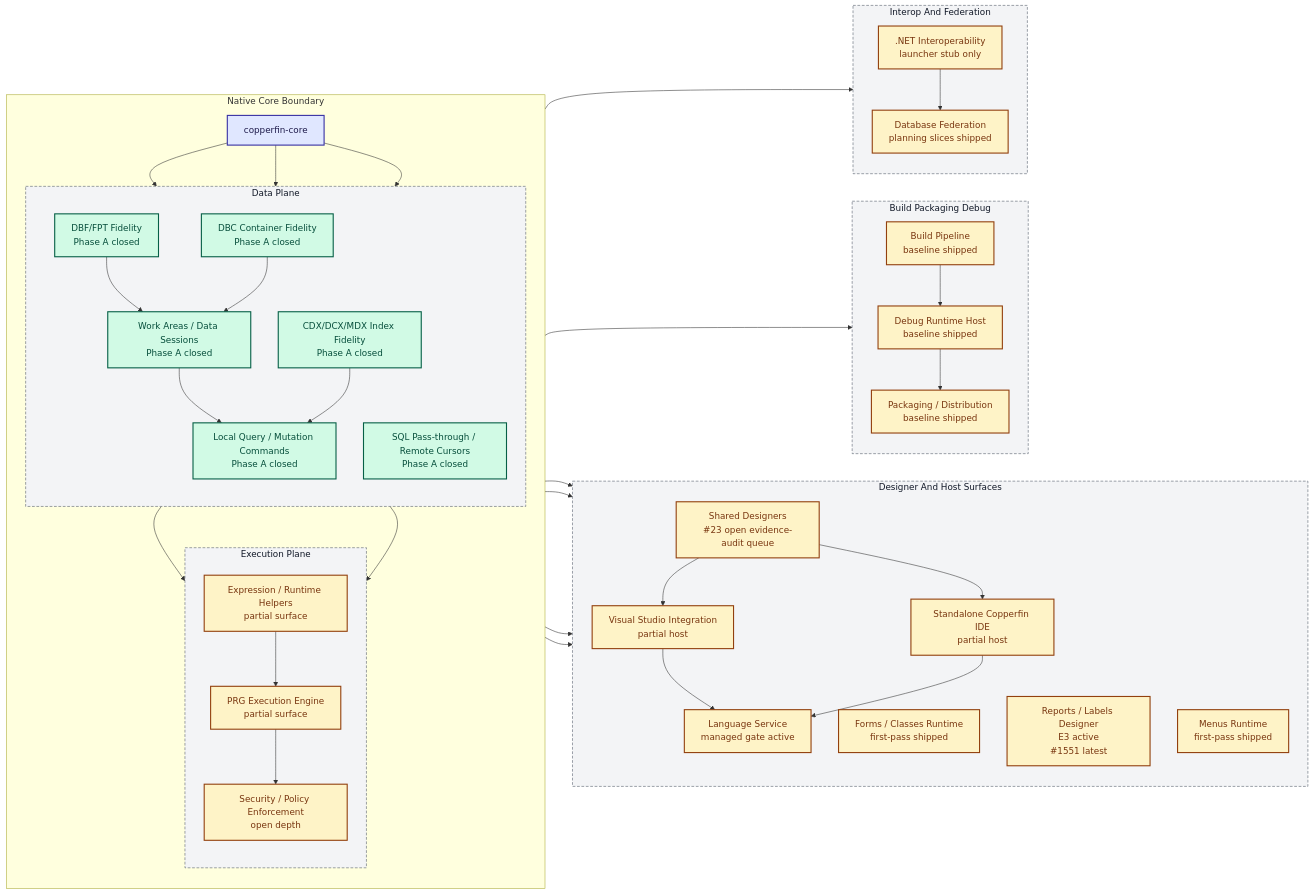
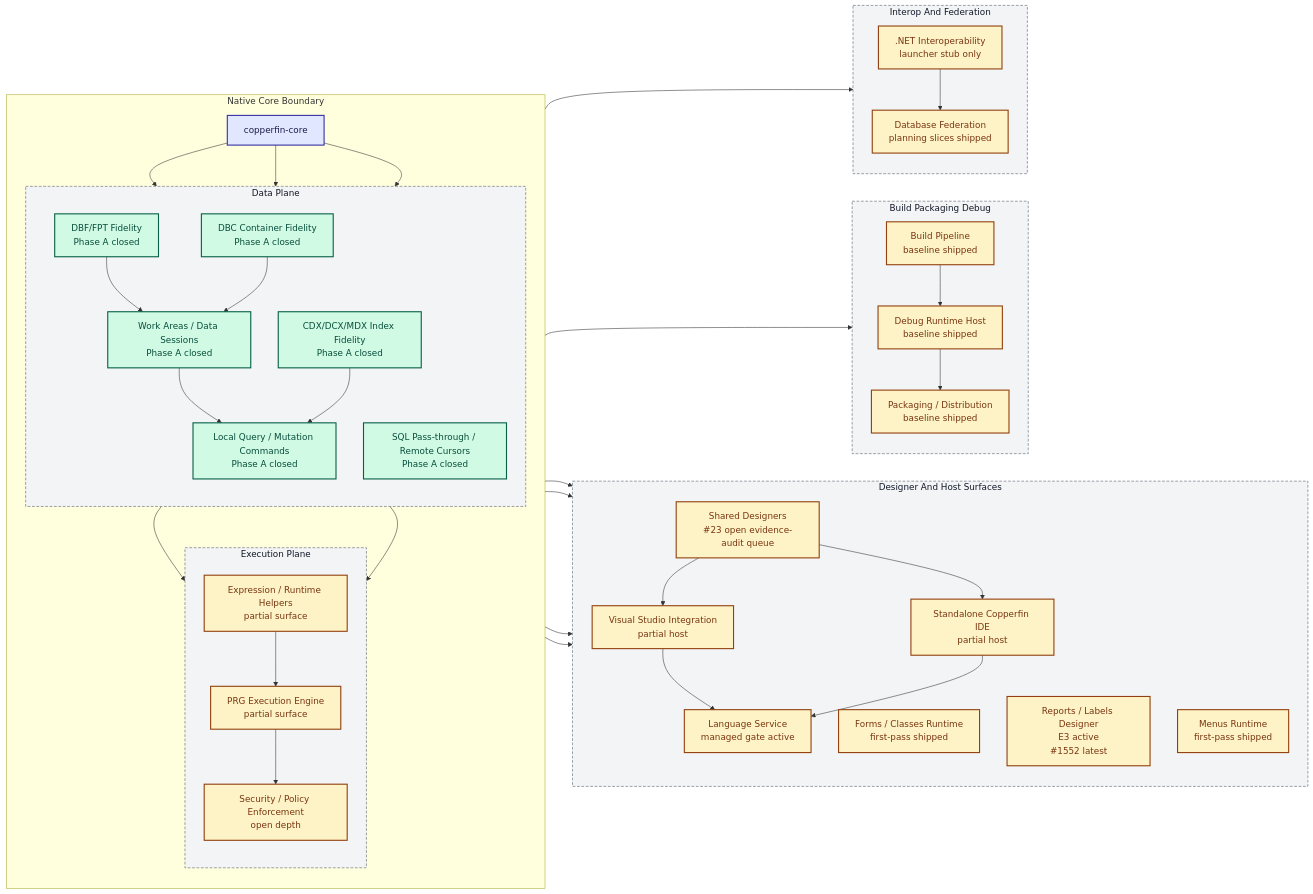
The diagram in docs/02-architecture.md (rhamenator/Project-Copperfin), drawn with Mermaid before and after one commit. The commit also changed 6 other files, not shown here.

```diff
--- a/docs/02-architecture.md
+++ b/docs/02-architecture.md
@@ -36,7 +36,7 @@
         direction TB
         DES["Shared Designers<br/>#23 open evidence-audit queue"]
         FORMS["Forms / Classes Runtime<br/>first-pass shipped"]
-        RPT["Reports / Labels Designer<br/>E3 active<br/>#1551 latest"]
+        RPT["Reports / Labels Designer<br/>E3 active<br/>#1552 latest"]
         MENU["Menus Runtime<br/>first-pass shipped"]
         VS["Visual Studio Integration<br/>partial host"]
         IDE["Standalone Copperfin IDE<br/>partial host"]
```
